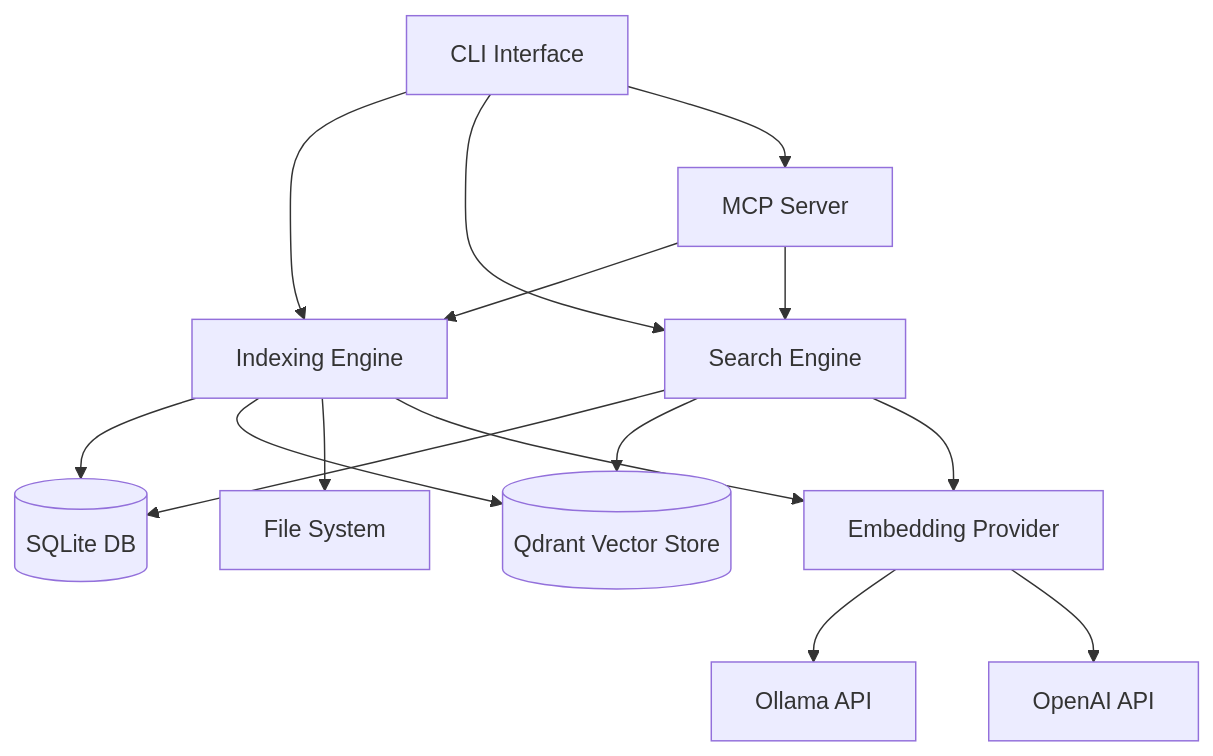
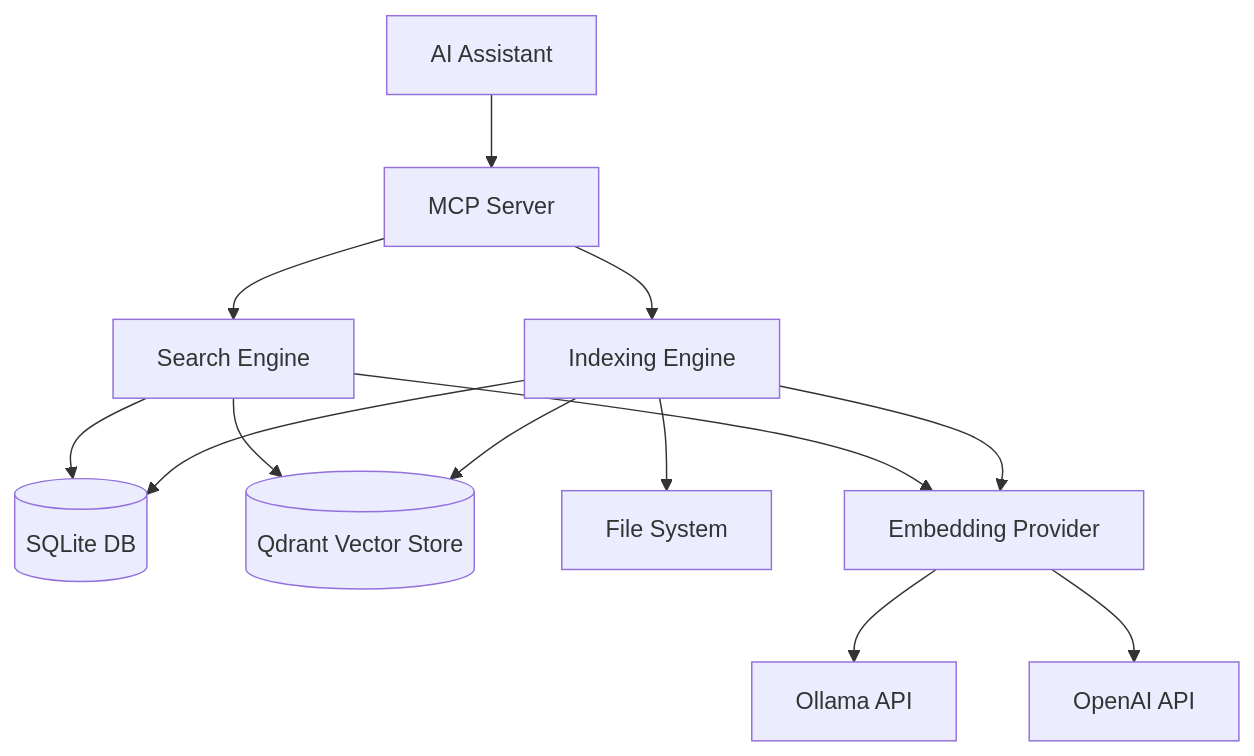
Before and after one commit to peteretelej/directory-indexer: the second of 9 diagrams in docs/designs/flows.md, drawn with Mermaid. The commit also changed other lines of this file and 3 other files, not shown here.

````diff
--- a/docs/designs/flows.md
+++ b/docs/designs/flows.md
@@ -7,21 +27,18 @@
 ```mermaid
 graph TB
-    CLI[CLI Interface] --> Engine[Indexing Engine]
-    CLI --> Search[Search Engine]
-    CLI --> MCP[MCP Server]
+    AI[AI Assistant] --> MCP[MCP Server]
+    MCP --> Engine[Indexing Engine]
+    MCP --> Search[Search Engine]
     
     Engine --> SQLite[(SQLite DB)]
     Engine --> Qdrant[(Qdrant Vector Store)]
     Engine --> Files[File System]
+    Engine --> Embed[Embedding Provider]
     
     Search --> SQLite
     Search --> Qdrant
-    Search --> Embed[Embedding Provider]
-    
-    Engine --> Embed
-    MCP --> Engine
-    MCP --> Search
+    Search --> Embed
     
     Embed --> Ollama[Ollama API]
     Embed --> OpenAI[OpenAI API]
 ```
````
